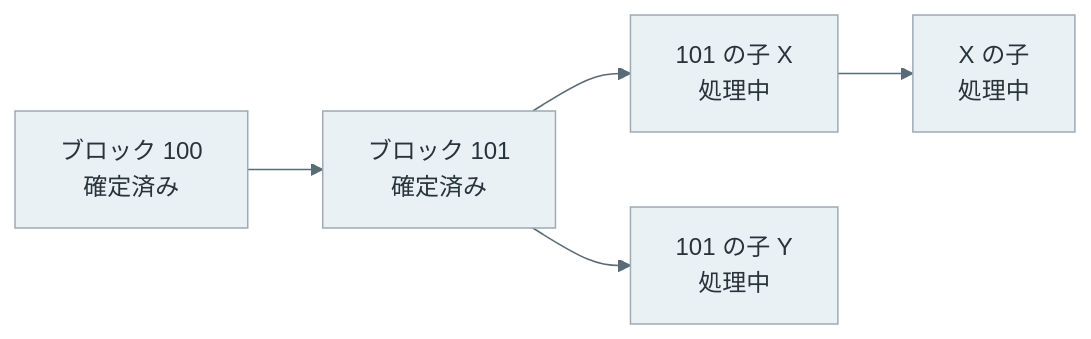
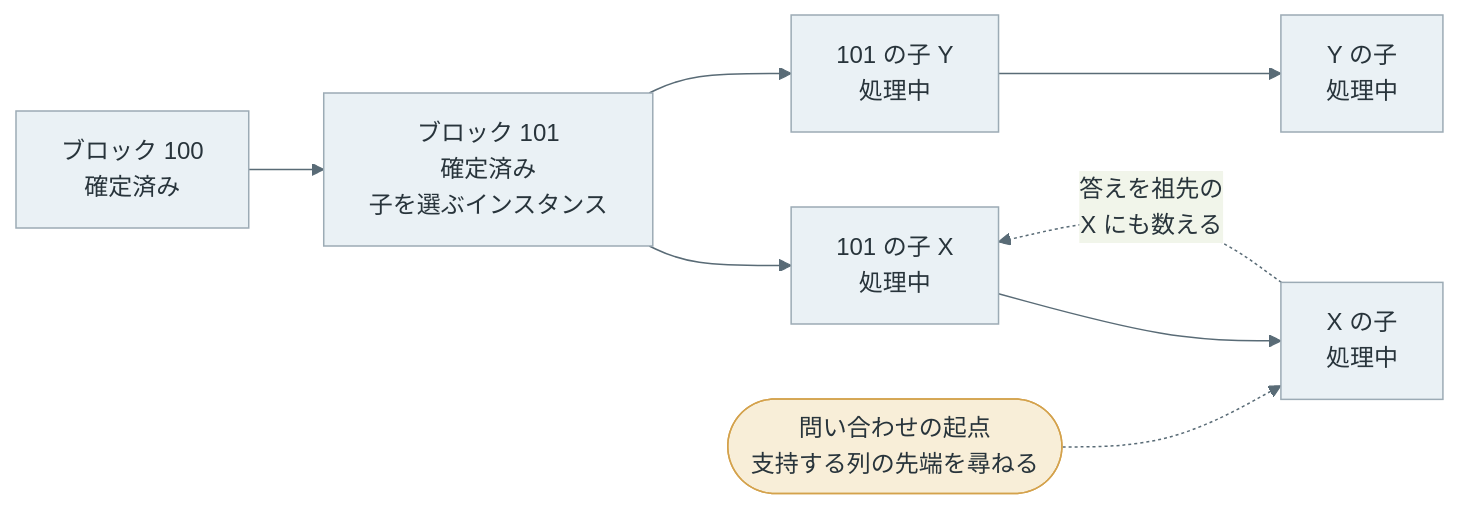
The diagram in content/notes/blockchain-systems/snowman/index.md (nao1215/debimate), drawn with Mermaid before and after one commit. The commit also changed other lines of this file and 425 other files, not shown here.

````diff
--- a/content/notes/blockchain-systems/snowman/index.md
+++ b/content/notes/blockchain-systems/snowman/index.md
@@ -80,9 +133,14 @@
 ```mermaid
 %%{init: {"theme":"base","themeVariables":{"primaryColor":"#eaf1f5","primaryTextColor":"#28343b","primaryBorderColor":"#9cabb5","lineColor":"#596b76","textColor":"#28343b"}}}%%
 flowchart LR
-    A["ブロック 100<br/>確定済み"] --> B["ブロック 101<br/>確定済み"]
+    A["ブロック 100<br/>確定済み"] --> B["ブロック 101<br/>確定済み<br/>子を選ぶインスタンス"]
     B --> X["101 の子 X<br/>処理中"]
     B --> Y["101 の子 Y<br/>処理中"]
     X --> X2["X の子<br/>処理中"]
+    Y --> Y2["Y の子<br/>処理中"]
+    Q(["問い合わせの起点<br/>支持する列の先端を尋ねる"]) -.-> X2
+    X2 -. "答えを祖先の<br/>X にも数える" .-> X
     classDef default fill:#eaf1f5,stroke:#9cabb5,color:#28343b;
+    classDef query fill:#f8eed8,stroke:#d4a24c,color:#28343b;
+    class Q query;
 ```
````
